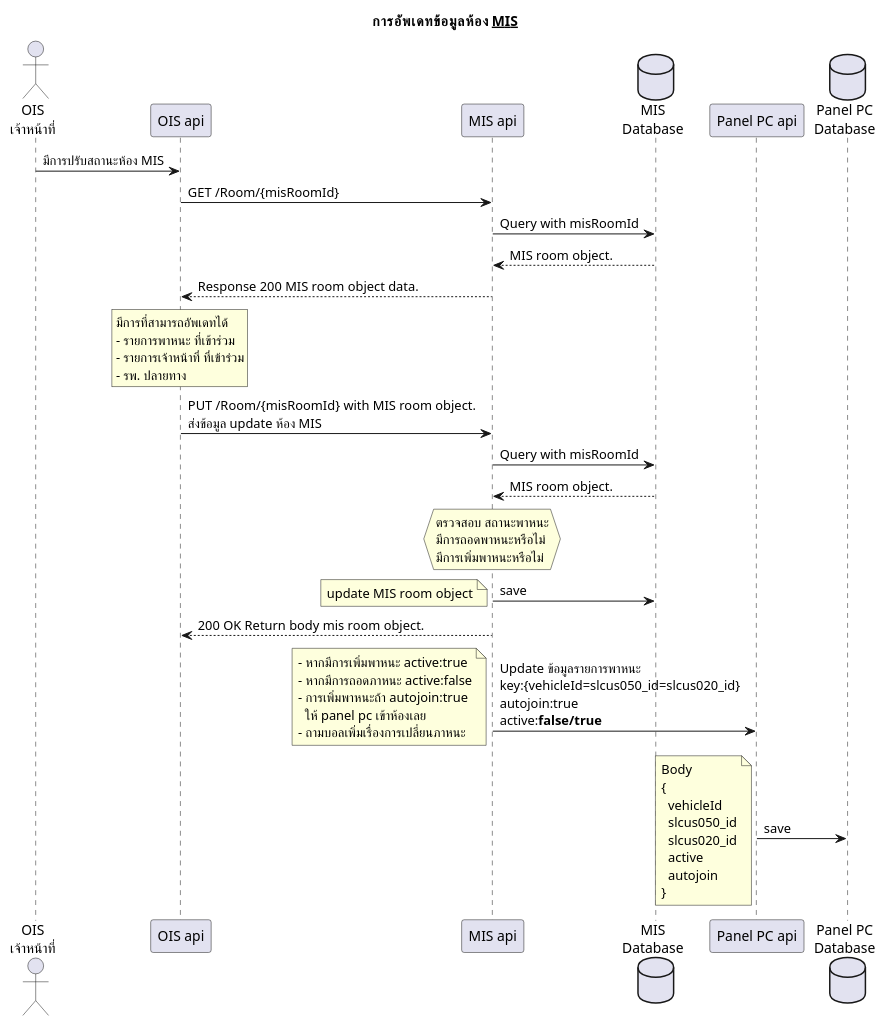
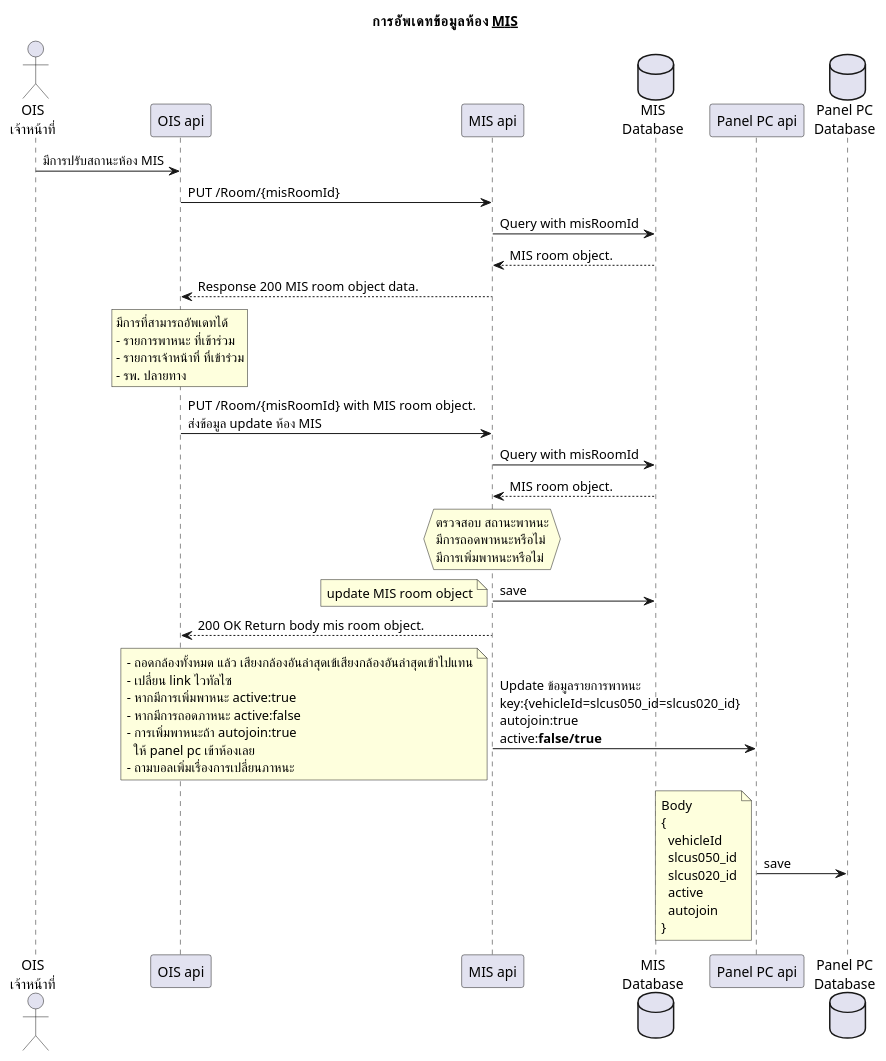
One commit to lionants02/mis-api-doc changed the diagram in uml/new_update_mis.plantuml. Above: the diagram before and after it, drawn with PlantUML. The commit also changed 1 other file, not shown here.

```diff
--- a/uml/new_update_mis.plantuml
+++ b/uml/new_update_mis.plantuml
@@ -1,57 +1,59 @@
 @startuml
 Title การอัพเดทข้อมูลห้อง __MIS__
   actor "OIS\nเจ้าหน้าที่" as OIS
   OIS -> "OIS api": มีการปรับสถานะห้อง MIS
-  "OIS api"-> "MIS api": GET /Room/{misRoomId}
+  "OIS api"-> "MIS api": PUT /Room/{misRoomId}
   database "MIS\nDatabase" as misdb
   "MIS api" -> misdb: Query with misRoomId
   "MIS api" <-- misdb: MIS room object.
   "OIS api"<-- "MIS api":Response 200 MIS room object data.
 
   rnote over "OIS api"
     มีการที่สามารถอัพเดทได้
     - รายการพาหนะ ที่เข้าร่วม
     - รายการเจ้าหน้าที่ ที่เข้าร่วม
     - รพ. ปลายทาง
   endnote
   "OIS api"-> "MIS api": PUT /Room/{misRoomId} with MIS room object.\nส่งข้อมูล update ห้อง MIS
 
   "MIS api" -> misdb: Query with misRoomId
   "MIS api" <-- misdb: MIS room object.
 
   hnote over "MIS api"
     ตรวจสอบ สถานะพาหนะ
     มีการถอดพาหนะหรือไม่
     มีการเพิ่มพาหนะหรือไม่
   endnote
 
   "MIS api" -> misdb: save
   note left
     update MIS room object
   endnote
 
   "OIS api" <-- "MIS api": 200 OK Return body mis room object.
 
   "MIS api" -> "Panel PC api": Update ข้อมูลรายการพาหนะ\nkey:{vehicleId=slcus050_id=slcus020_id}\nautojoin:true\nactive:**false/true**
 
   note left
+    - ถอดกล้องทั้งหมด แล้ว เสียงกล้องอันล่าสุดเข้เสียงกล้องอันล่าสุดเข้าไปแทน
+    - เปลี่ยน link ไวทัลไซ
     - หากมีการเพิ่มพาหนะ active:true
     - หากมีการถอดภาหนะ active:false
     - การเพิ่มพาหนะถ้า autojoin:true
       ให้ panel pc เข้าห้องเลย
     - ถามบอลเพิ่มเรื่องการเปลี่ยนภาหนะ
   endnote
   database "Panel PC\nDatabase" as paneldb
   "Panel PC api" -> paneldb: save
   note left
     Body
     {
       vehicleId
       slcus050_id
       slcus020_id
       active
       autojoin
     }
   endnote
 
 @enduml
```
